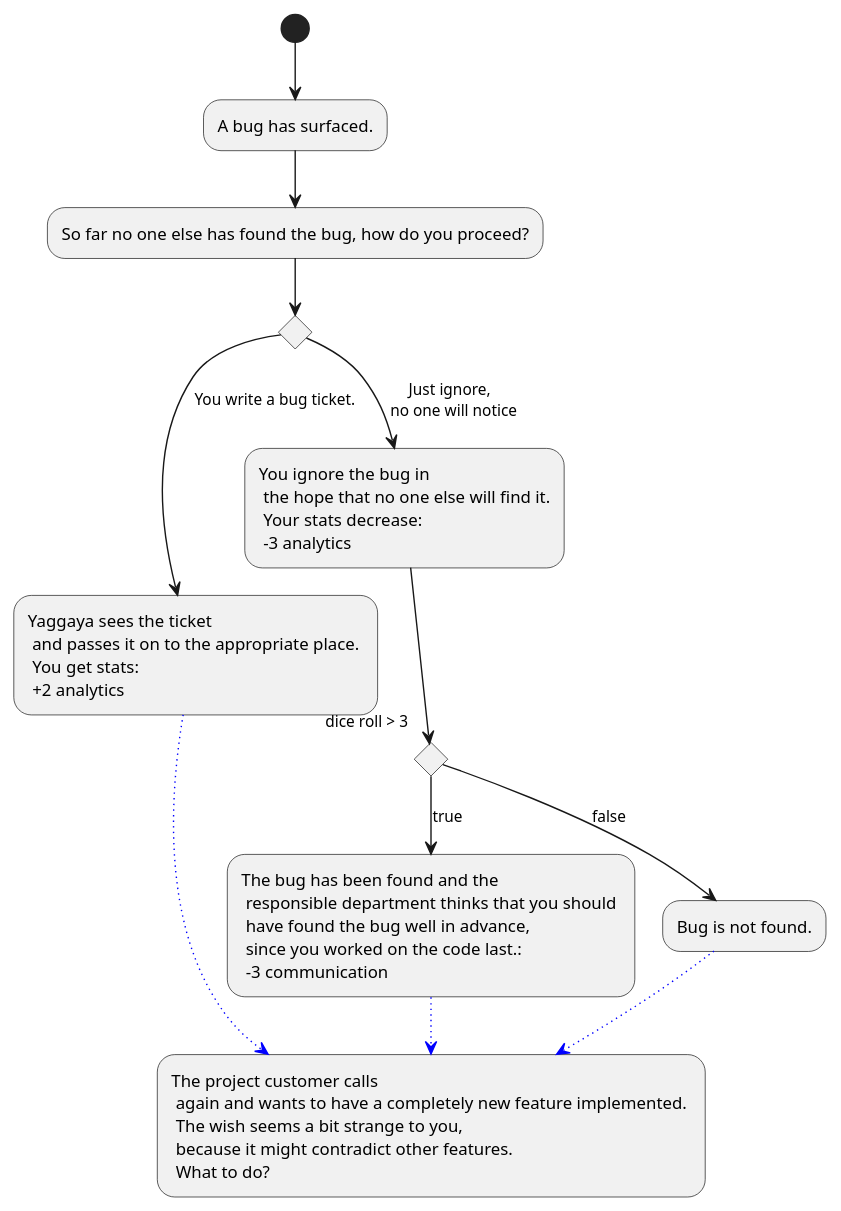
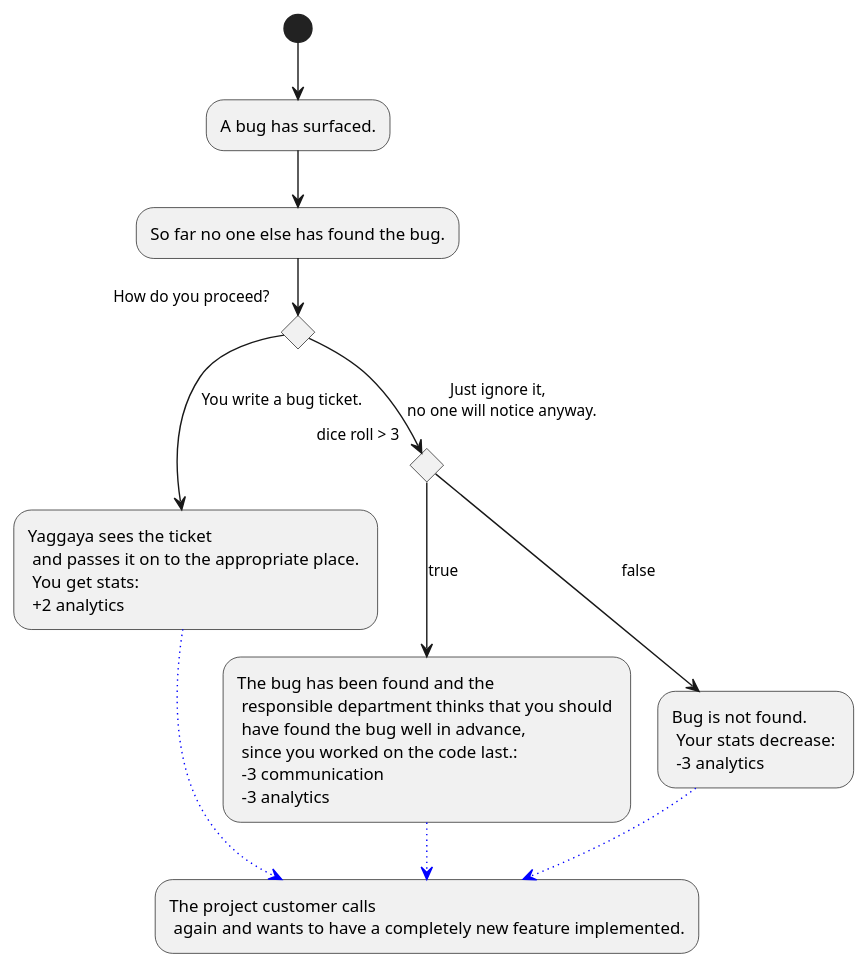
One commit to Brotenko/QualityQuest changed the diagram in Docs/Technical Specifications/docs/diagrams/StoryFlow/StoryFlow_Decision_11.puml. Above: the diagram before and after it, drawn with PlantUML. The commit also changed 14 other files, not shown here.

```diff
--- a/Docs/Technical Specifications/docs/diagrams/StoryFlow/StoryFlow_Decision_11.puml
+++ b/Docs/Technical Specifications/docs/diagrams/StoryFlow/StoryFlow_Decision_11.puml
@@ -1,18 +1,16 @@
 @startuml
 (*) --> "A bug has surfaced."
---> "So far no one else has found the bug, how do you proceed?"
-if " " then 
+--> "So far no one else has found the bug."
+if "How do you proceed?" then 
 --> [You write a bug ticket.] "Yaggaya sees the ticket \n and passes it on to the appropriate place. \n You get stats: \n +2 analytics" as y
 else
---> [Just ignore, \n no one will notice] "You ignore the bug in \n the hope that no one else will find it.\n Your stats decrease: \n -3 analytics" as x
-endif
-if "dice roll > 3" then
---> [true] "The bug has been found and the \n responsible department thinks that you should \n have found the bug well in advance, \n since you worked on the code last.: \n -3 communication" as p
+--> [Just ignore it, \n no one will notice anyway.] if "dice roll > 3" then
+--> [true] "The bug has been found and the \n responsible department thinks that you should \n have found the bug well in advance, \n since you worked on the code last.: \n -3 communication \n -3 analytics" as p
 
 else
---> [false] "Bug is not found."
--[#blue,dotted]-> "The project customer calls \n again and wants to have a completely new feature implemented. \n The wish seems a bit strange to you, \n because it might contradict other features.\n What to do?" as f 
+--> [false] "Bug is not found. \n Your stats decrease: \n -3 analytics"
+-[#blue,dotted]-> "The project customer calls \n again and wants to have a completely new feature implemented." as f 
 endif
 p -[#blue,dotted]-> f
 y -[#blue,dotted]-> f
 @enduml
```
